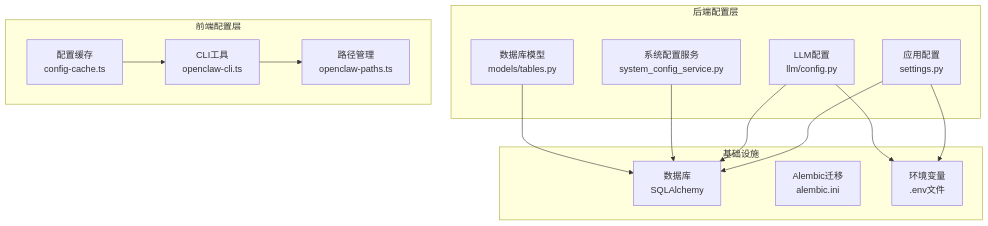
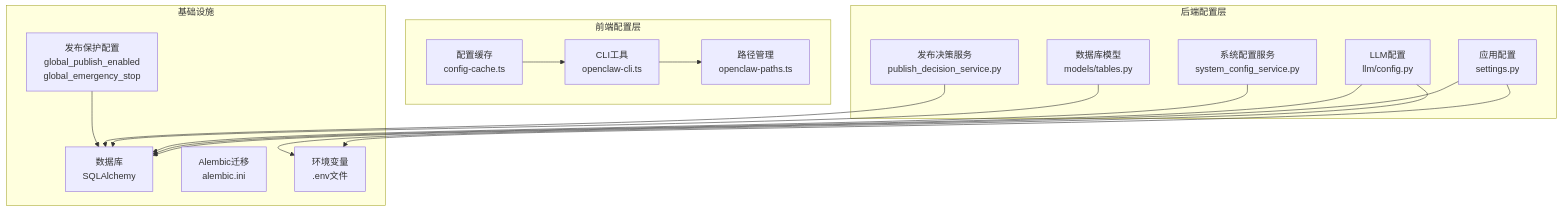
The first of 8 diagrams in .qoder/repowiki/zh/content/数据库设计/系统配置管理.md (sansansansansan2022-web/hotclaw), drawn with Mermaid before and after one commit. The commit also changed other lines of this file and 44 other files, not shown here.

````diff
--- a/.qoder/repowiki/zh/content/数据库设计/系统配置管理.md
+++ b/.qoder/repowiki/zh/content/数据库设计/系统配置管理.md
@@ -42,27 +53,31 @@
 ```mermaid
 graph TB
 subgraph "后端配置层"
 A[应用配置<br/>settings.py]
 B[LLM配置<br/>llm/config.py]
 C[系统配置服务<br/>system_config_service.py]
 D[数据库模型<br/>models/tables.py]
+E[发布决策服务<br/>publish_decision_service.py]
 end
 subgraph "前端配置层"
-E[配置缓存<br/>config-cache.ts]
-F[CLI工具<br/>openclaw-cli.ts]
-G[路径管理<br/>openclaw-paths.ts]
+F[配置缓存<br/>config-cache.ts]
+G[CLI工具<br/>openclaw-cli.ts]
+H[路径管理<br/>openclaw-paths.ts]
 end
 subgraph "基础设施"
-H[数据库<br/>SQLAlchemy]
-I[Alembic迁移<br/>alembic.ini]
-J[环境变量<br/>.env文件]
+I[数据库<br/>SQLAlchemy]
+J[Alembic迁移<br/>alembic.ini]
+K[环境变量<br/>.env文件]
+L[发布保护配置<br/>global_publish_enabled<br/>global_emergency_stop]
 end
-A --> H
-B --> H
-C --> H
-D --> H
-E --> F
+A --> I
+B --> I
+C --> I
+D --> I
+E --> I
 F --> G
-A --> J
-B --> J
+G --> H
+A --> K
+B --> K
+L --> I
 ```
````
